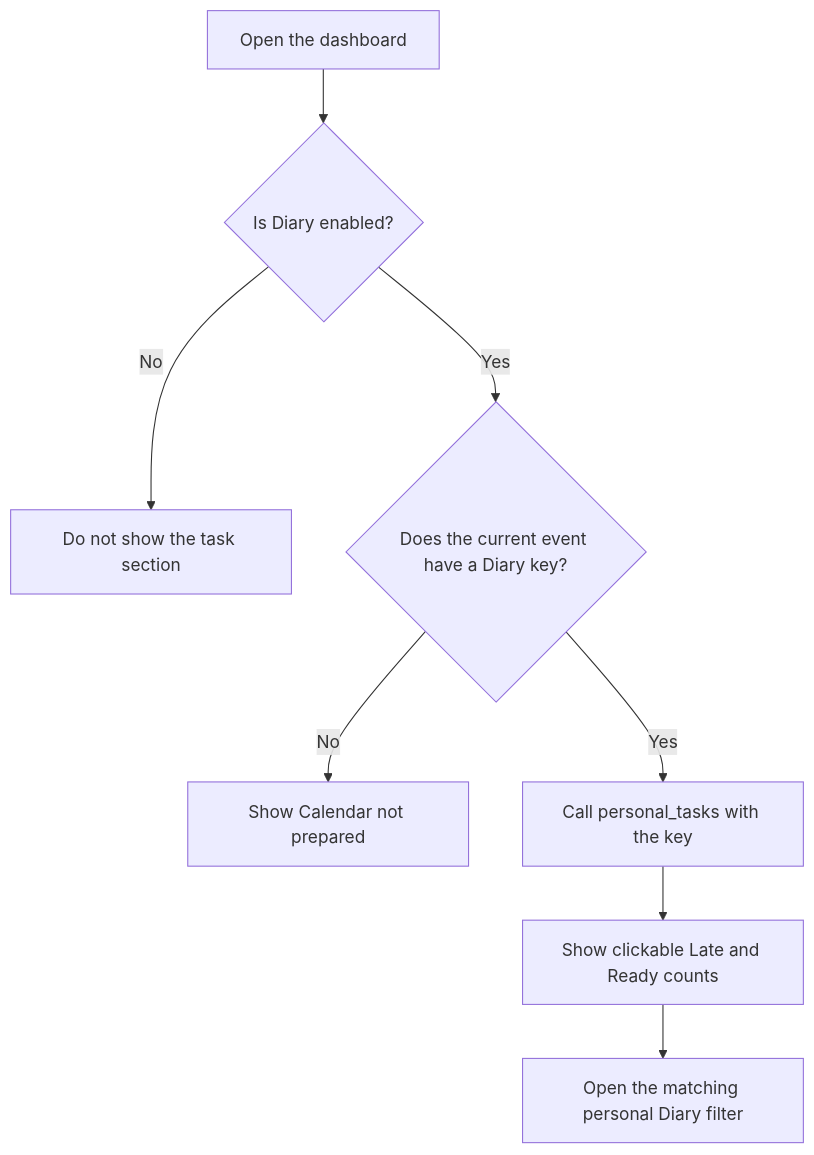
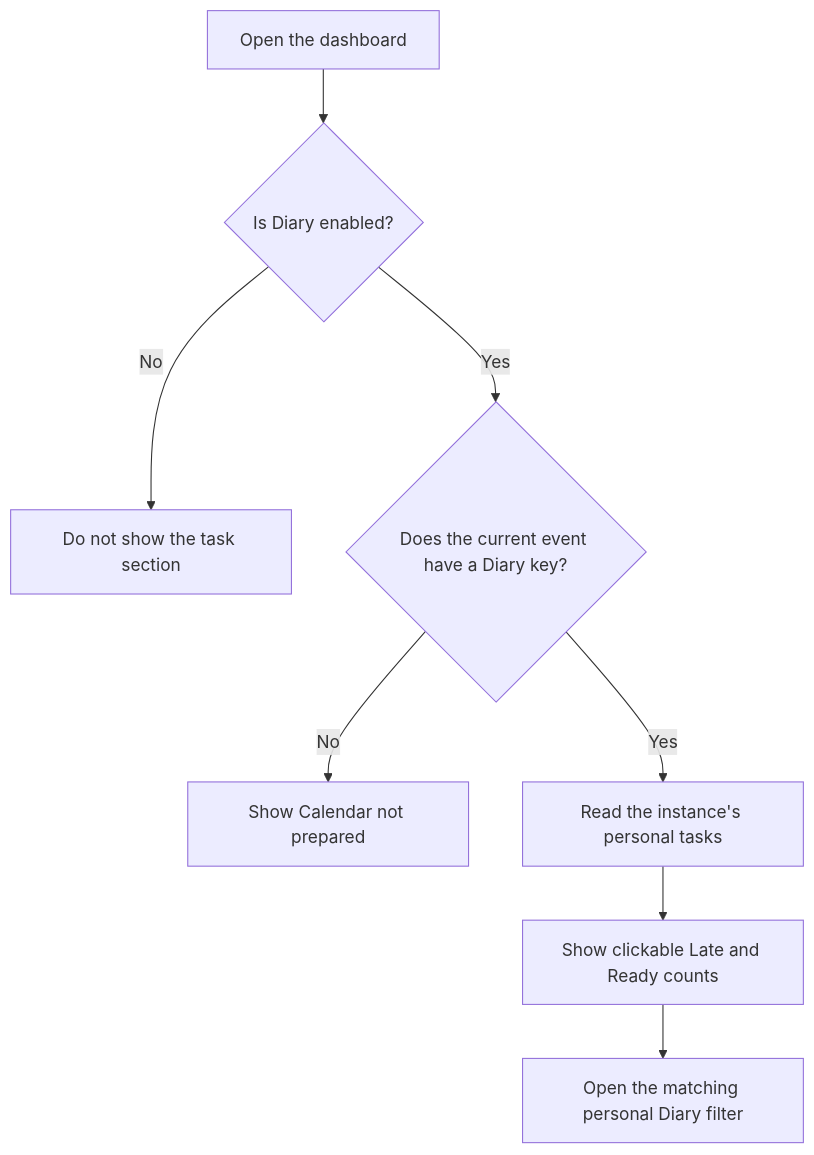
Before and after one commit to TonyFlury/GarageSale: the eighth of 13 diagrams in docs/design/event-calendar.md, drawn with Mermaid. The commit also changed other lines of this file and 9 other files, not shown here.

````diff
--- a/docs/design/event-calendar.md
+++ b/docs/design/event-calendar.md
@@ -675,10 +691,10 @@
 ```mermaid
 flowchart TD
     A[Open the dashboard] --> B{Is Diary enabled?}
     B -->|No| C[Do not show the task section]
     B -->|Yes| D{Does the current event have a Diary key?}
     D -->|No| E[Show Calendar not prepared]
-    D -->|Yes| F[Call personal_tasks with the key]
+    D -->|Yes| F[Read the instance's personal tasks]
     F --> G[Show clickable Late and Ready counts]
     G --> H[Open the matching personal Diary filter]
 ```
````
